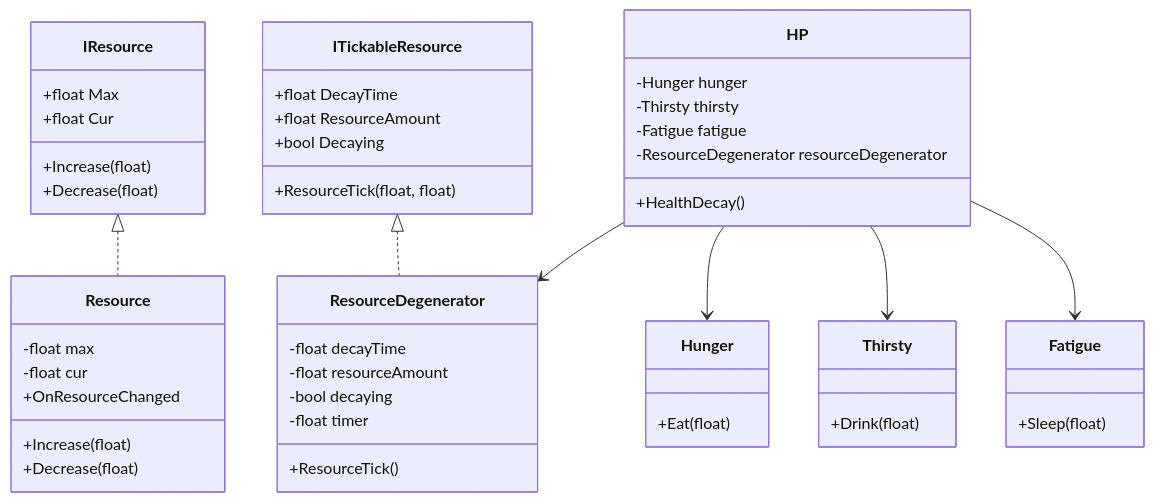
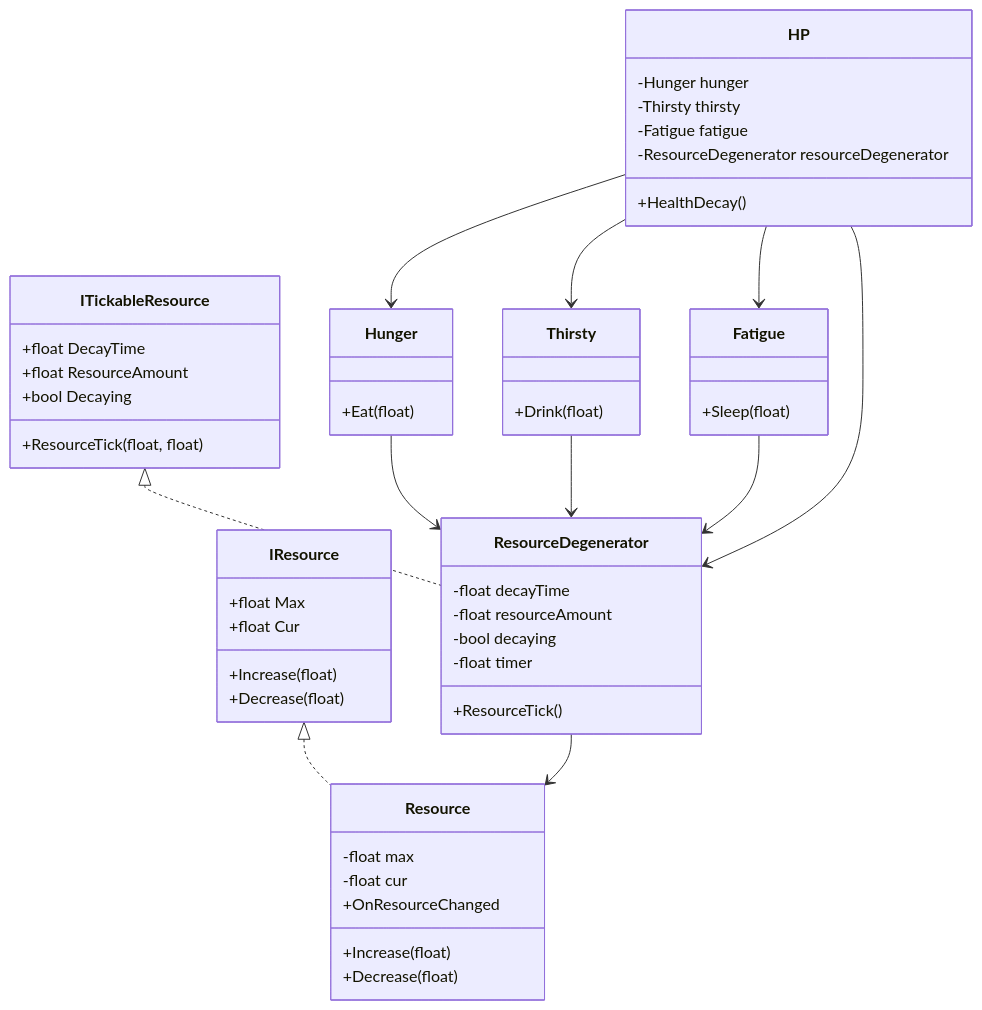
Before and after one commit to 10-team-project/docs: the second of 2 diagrams in docs/기능명세서/250620_강소현_ 플레이어자원관리.md, drawn with Mermaid.

Commit message:
[Feat] 내용추가

````diff
--- a/docs/기능명세서/250620_강소현_ 플레이어자원관리.md
+++ b/docs/기능명세서/250620_강소현_ 플레이어자원관리.md
@@ -93,59 +93,63 @@
 ```mermaid
 classDiagram
     class IResource {
         +float Max
         +float Cur
         +Increase(float)
         +Decrease(float)
     }
 
     class Resource {
         -float max
         -float cur
         +Increase(float)
         +Decrease(float)
         +OnResourceChanged
     }
 
     class ITickableResource {
         +float DecayTime
         +float ResourceAmount
         +bool Decaying
         +ResourceTick(float, float)
     }
 
     class ResourceDegenerator {
         -float decayTime
         -float resourceAmount
         -bool decaying
         -float timer
         +ResourceTick()
     }
 
     class HP {
         -Hunger hunger
         -Thirsty thirsty
         -Fatigue fatigue
         -ResourceDegenerator resourceDegenerator
         +HealthDecay()
     }
 
     class Hunger {
         +Eat(float)
     }
 
     class Thirsty {
         +Drink(float)
     }
 
     class Fatigue {
         +Sleep(float)
     }
 
     IResource <|.. Resource
     ITickableResource <|.. ResourceDegenerator
+    ResourceDegenerator --> Resource
+    Hunger --> ResourceDegenerator
+    Thirsty --> ResourceDegenerator
+    Fatigue --> ResourceDegenerator
     HP --> ResourceDegenerator
     HP --> Hunger
     HP --> Thirsty
     HP --> Fatigue
 ```
````
